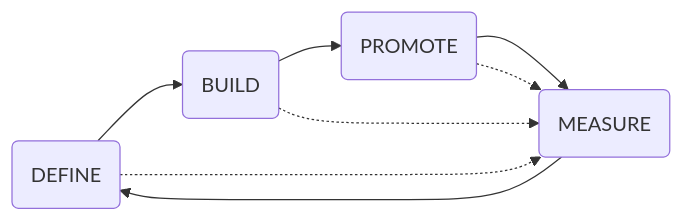
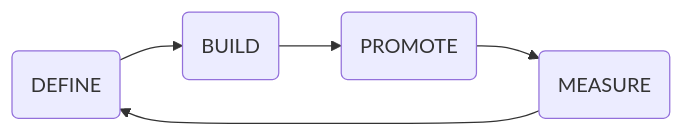
The first of 4 diagrams in docs/factory_pipelines.md (ContinuousEngineeringProject/ContinuousEngineeringProject.github.io), drawn with Mermaid before and after one commit.

Commit message:
docs: update continuous engineering diagram

````diff
--- a/docs/factory_pipelines.md
+++ b/docs/factory_pipelines.md
@@ -3,9 +3,8 @@
 ```mermaid
 flowchart LR
   id1(DEFINE)
   id2(BUILD)
   id3(PROMOTE)
   id4(MEASURE)
   id1 --> id2 --> id3 --> id4 --> id1
-  id1 & id2 & id3 -.-> id4
 ```
````
